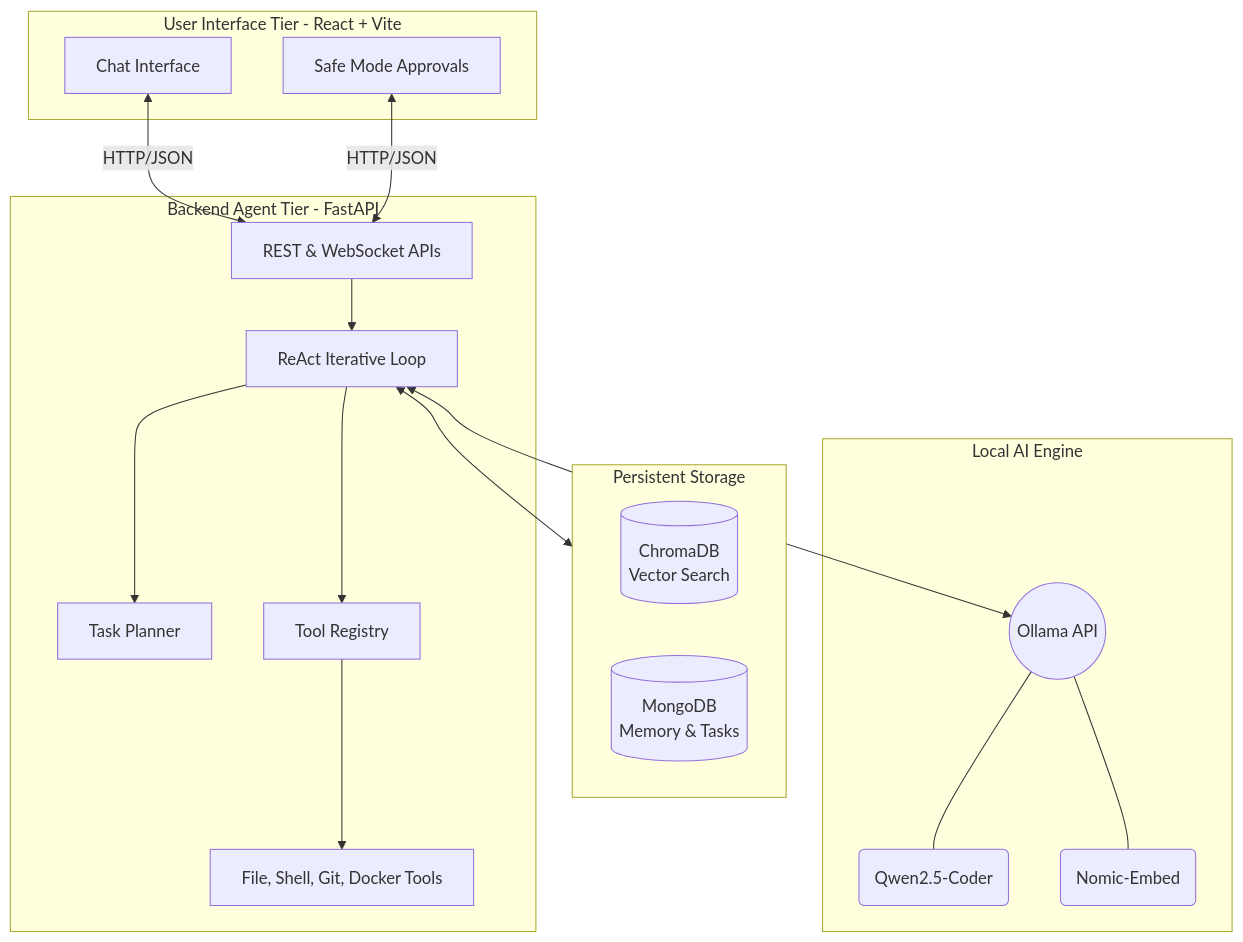
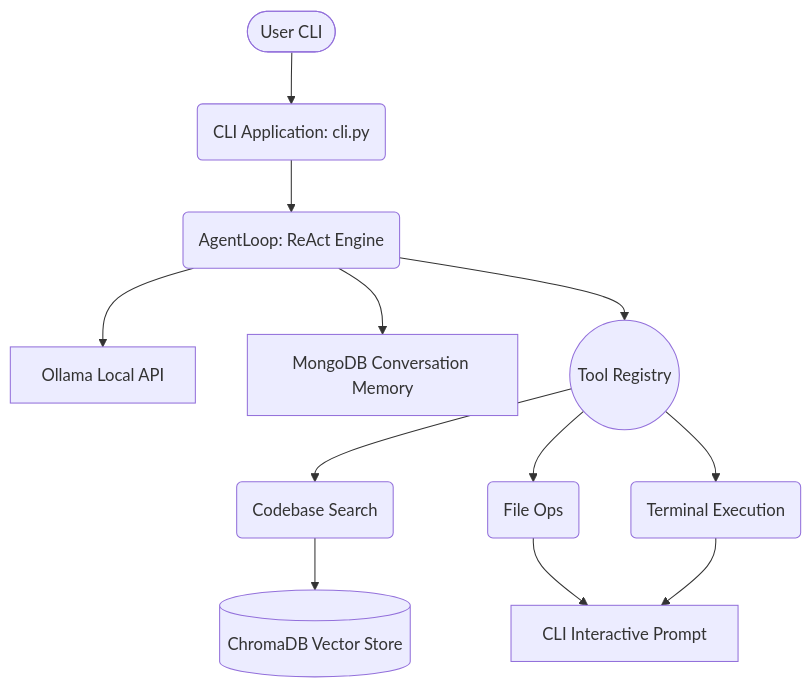
Before and after one commit to manoj-chavan-13/LocalAgent: the diagram in README.md, drawn with Mermaid. The commit also changed other lines of this file and 33 other files, not shown here.

Commit message:
feat: complete pivot to interactive CLI terminal architecture, removing react frontend and fastAPI

````diff
--- a/README.md
+++ b/README.md
@@ -57,44 +20,18 @@
 ```mermaid
 graph TD
-    %% Frontend Tier
-    subgraph Frontend [User Interface Tier - React + Vite]
-        UI_Chat[Chat Interface]
-        UI_Approve[Safe Mode Approvals]
-    end
-
-    %% Backend Tier
-    subgraph Backend [Backend Agent Tier - FastAPI]
-        API[REST & WebSocket APIs]
-        AgentLoop[ReAct Iterative Loop]
-        Planner[Task Planner]
-        ToolReg[Tool Registry]
-        Tools[File, Shell, Git, Docker Tools]
-    end
+    User([User CLI]) --> CLI(CLI Application: cli.py)
     
-    %% Data Tier
-    subgraph Storage [Persistent Storage]
-        Chroma[(ChromaDB\nVector Search)]
-        Mongo[(MongoDB\nMemory & Tasks)]
-    end
+    CLI --> Agent(AgentLoop: ReAct Engine)
     
-    %% AI Tier
-    subgraph AI [Local AI Engine]
-        Ollama((Ollama API))
-        Qwen(Qwen2.5-Coder)
-        Nomic(Nomic-Embed)
-    end
-
-    UI_Chat <-->|HTTP/JSON| API
-    UI_Approve <-->|HTTP/JSON| API
+    Agent --> Ollama[Ollama Local API]
+    Agent --> Memory[MongoDB Conversation Memory]
+    Agent --> Tools((Tool Registry))
     
-    API --> AgentLoop
-    AgentLoop --> Planner
-    AgentLoop --> ToolReg
-    ToolReg --> Tools
+    Tools --> SearchTool(Codebase Search)
+    Tools --> FileTool(File Ops)
+    Tools --> TerminalTool(Terminal Execution)
     
-    AgentLoop <--> Ollama
-    Ollama --- Qwen
-    Ollama --- Nomic
-    
-    AgentLoop <--> Storage
+    SearchTool --> Chroma[(ChromaDB Vector Store)]
+    FileTool --> Approval[CLI Interactive Prompt]
+    TerminalTool --> Approval
 ```
````
